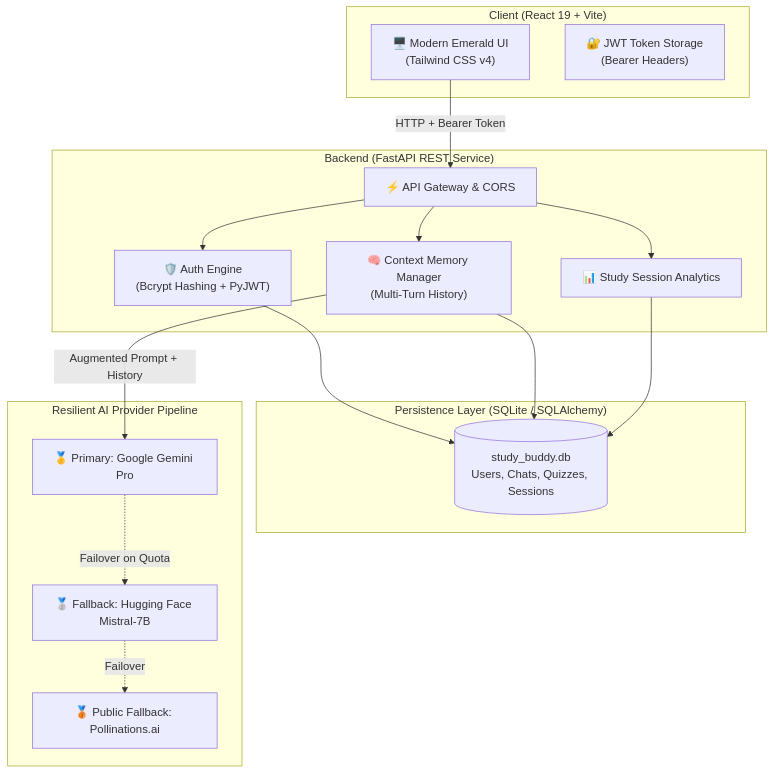
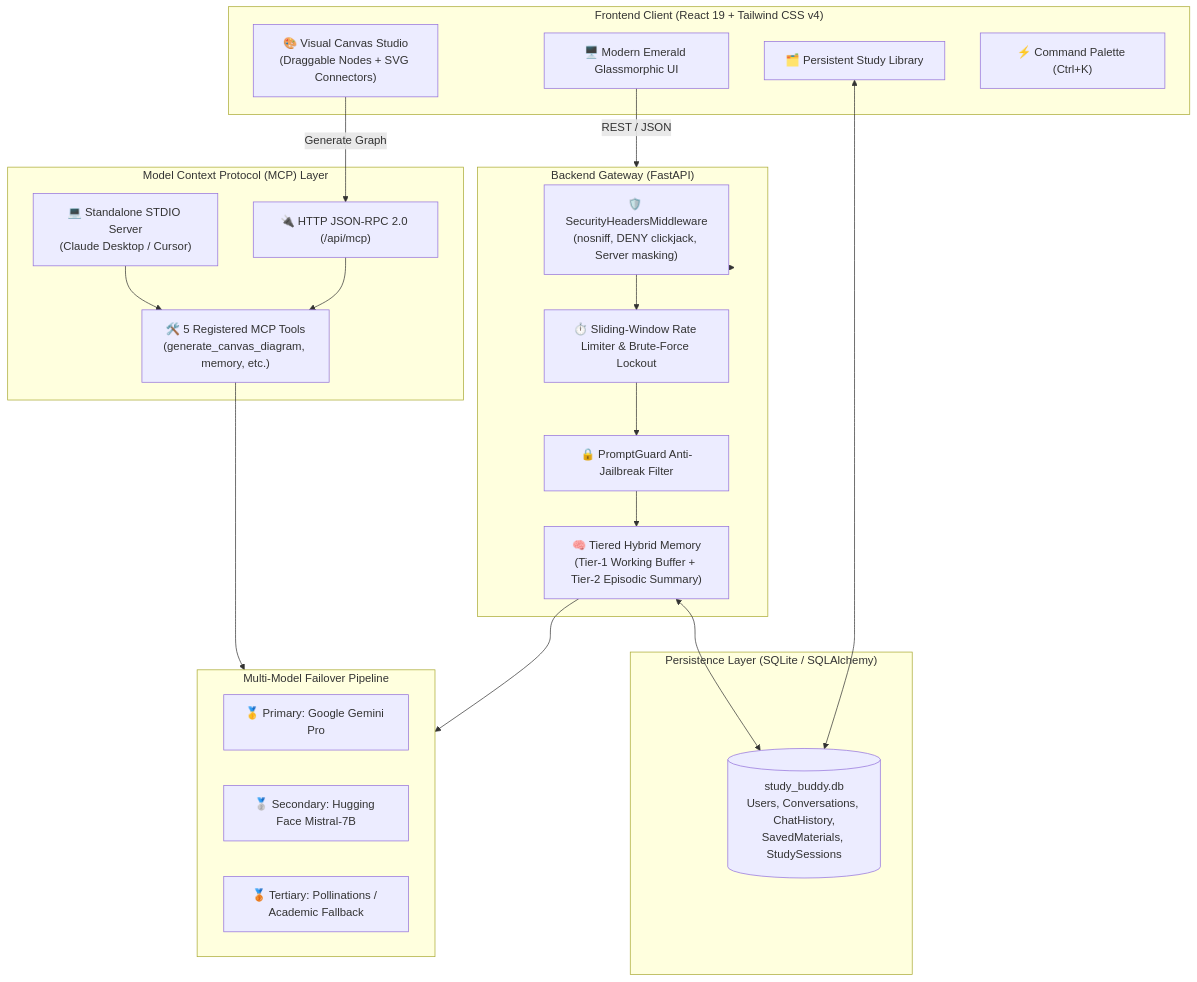
Before and after one commit to Arjit005/AI_Powered_StudyBuddy: the diagram in README.md, drawn with Mermaid. The commit also changed other lines of this file and 36 other files, not shown here.

Commit message:
feat(core): sync v1.4.0 with ai gateway, neon postgresql, and firebase auth

````diff
--- a/README.md
+++ b/README.md
@@ -22,35 +18,42 @@
 ```mermaid
 flowchart TD
-    subgraph Client ["Client (React 19 + Vite)"]
-        UI["🖥️ Modern Emerald UI\n(Tailwind CSS v4)"]
-        AuthCtx["🔐 JWT Token Storage\n(Bearer Headers)"]
+    subgraph Client ["Frontend Client (React 19 + Tailwind CSS v4)"]
+        UI["🖥️ Modern Emerald Glassmorphic UI"]
+        CanvasStudio["🎨 Visual Canvas Studio\n(Draggable Nodes + SVG Connectors)"]
+        LibraryHub["🗂️ Persistent Study Library"]
+        CmdPalette["⚡ Command Palette (Ctrl+K)"]
     end
 
-    subgraph Backend ["Backend (FastAPI REST Service)"]
-        Router["⚡ API Gateway & CORS"]
-        AuthEngine["🛡️ Auth Engine\n(Bcrypt Hashing + PyJWT)"]
-        MemoryMgr["🧠 Context Memory Manager\n(Multi-Turn History)"]
-        Analytics["📊 Study Session Analytics"]
+    subgraph MCPBus ["Model Context Protocol (MCP) Layer"]
+        MCPEndpoint["🔌 HTTP JSON-RPC 2.0 (/api/mcp)"]
+        MCPStdio["💻 Standalone STDIO Server\n(Claude Desktop / Cursor)"]
+        ToolsRegistry["🛠️ 5 Registered MCP Tools\n(generate_canvas_diagram, memory, etc.)"]
     end
 
-    subgraph Database ["Persistence Layer (SQLite / SQLAlchemy)"]
-        DB[("study_buddy.db\nUsers, Chats, Quizzes, Sessions")]
+    subgraph Backend ["Backend Gateway (FastAPI)"]
+        SecHeaders["🛡️ SecurityHeadersMiddleware\n(nosniff, DENY clickjack, Server masking)"]
+        RateLimiter["⏱️ Sliding-Window Rate Limiter & Brute-Force Lockout"]
+        PromptGuard["🔒 PromptGuard Anti-Jailbreak Filter"]
+        HybridMem["🧠 Tiered Hybrid Memory\n(Tier-1 Working Buffer + Tier-2 Episodic Summary)"]
     end
 
-    subgraph AIEngine ["Resilient AI Provider Pipeline"]
-        Gemini["🥇 Primary: Google Gemini Pro"]
-        HuggingFace["🥈 Fallback: Hugging Face Mistral-7B"]
-        Pollinations["🥉 Public Fallback: Pollinations.ai"]
+    subgraph Storage ["Persistence Layer (SQLite / SQLAlchemy)"]
+        DB[("study_buddy.db\nUsers, Conversations, ChatHistory,\nSavedMaterials, StudySessions")]
     end
 
-    UI -->|"HTTP + Bearer Token"| Router
-    Router --> AuthEngine
-    Router --> MemoryMgr
-    Router --> Analytics
-    AuthEngine --> DB
-    MemoryMgr --> DB
-    Analytics --> DB
-    MemoryMgr -->|"Augmented Prompt + History"| Gemini
-    Gemini -.->|"Failover on Quota"| HuggingFace
-    HuggingFace -.->|"Failover"| Pollinations
+    subgraph AIService ["Multi-Model Failover Pipeline"]
+        Gemini["🥇 Primary: Google Gemini Pro"]
+        HF["🥈 Secondary: Hugging Face Mistral-7B"]
+        Pollinations["🥉 Tertiary: Pollinations / Academic Fallback"]
+    end
+
+    UI -->|"REST / JSON"| Backend
+    CanvasStudio -->|"Generate Graph"| MCPEndpoint
+    MCPStdio --> ToolsRegistry
+    MCPEndpoint --> ToolsRegistry
+    ToolsRegistry --> AIService
+    Backend --> SecHeaders --> RateLimiter --> PromptGuard
+    PromptGuard --> HybridMem --> AIService
+    HybridMem <--> DB
+    LibraryHub <--> DB
 ```
````
